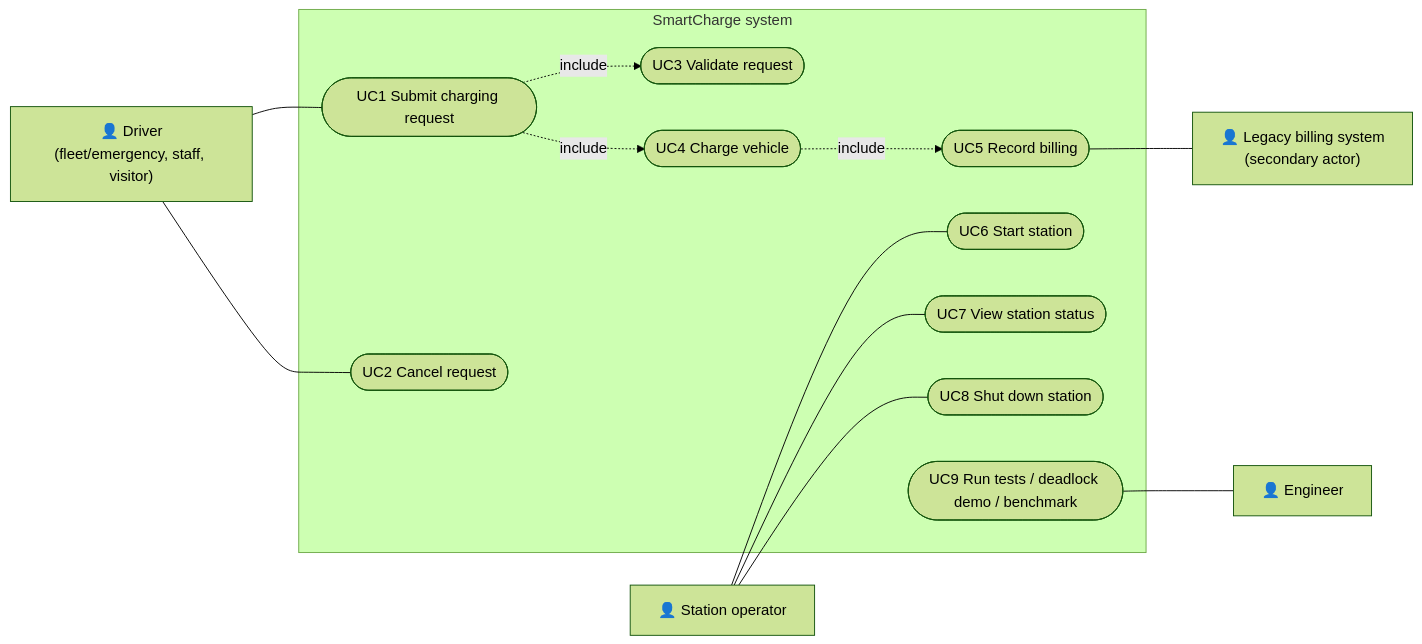
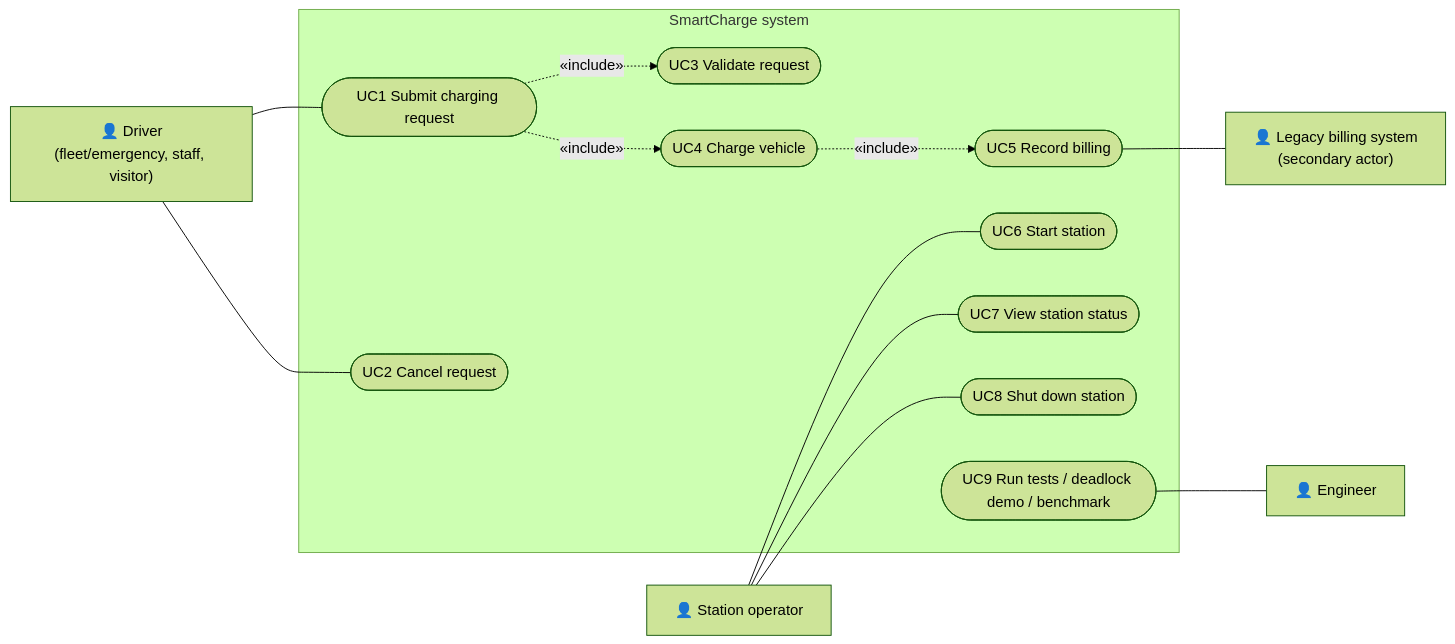
The diagram in docs/diagrams/use-case-diagram.mmd (ruchiranagare09/smartcharge), drawn with Mermaid (forest theme) before and after one commit. The commit also changed 7 other files, not shown here.

Commit message:
Complete UML models: Allocator/Config/enums in class diagram, cancel and billing-failure paths in sequence, include stereotype; trace contract violations to tests

```diff
--- a/docs/diagrams/use-case-diagram.mmd
+++ b/docs/diagrams/use-case-diagram.mmd
@@ -1,28 +1,28 @@
 flowchart LR
     Driver["👤 Driver<br/>(fleet/emergency, staff, visitor)"]
     Operator["👤 Station operator"]
     Engineer["👤 Engineer"]
     Billing["👤 Legacy billing system<br/>(secondary actor)"]
 
     subgraph SmartCharge["SmartCharge system"]
         UC1(["UC1 Submit charging request"])
         UC2(["UC2 Cancel request"])
         UC3(["UC3 Validate request"])
         UC4(["UC4 Charge vehicle"])
         UC5(["UC5 Record billing"])
         UC6(["UC6 Start station"])
         UC7(["UC7 View station status"])
         UC8(["UC8 Shut down station"])
         UC9(["UC9 Run tests / deadlock demo / benchmark"])
     end
 
     Driver --- UC1
     Driver --- UC2
     Operator --- UC6
     Operator --- UC7
     Operator --- UC8
     UC9 --- Engineer
-    UC1 -. include .-> UC3
-    UC1 -. include .-> UC4
-    UC4 -. include .-> UC5
+    UC1 -. "«include»" .-> UC3
+    UC1 -. "«include»" .-> UC4
+    UC4 -. "«include»" .-> UC5
     UC5 --- Billing
```
